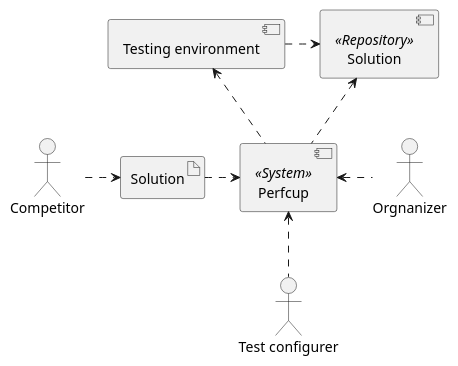
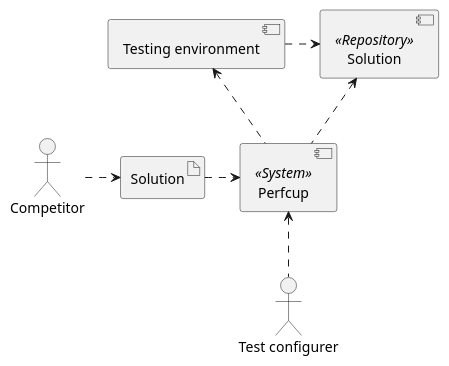
Before and after one commit to yanchumak/perfcup: the diagram in doc/sad/03_context.adoc, drawn with PlantUML. The commit also changed other lines of this file and 4 other files, not shown here.

```diff
--- a/doc/sad/03_context.adoc
+++ b/doc/sad/03_context.adoc
@@ -9,19 +9,17 @@
 [plantuml, generic-context, png]
 ....
 @startuml
 actor "Competitor" as c
 artifact Solution as s
 actor "Test configurer" as tc
-actor "Orgnanizer" as o
 component "Solution" <<Repository>> as sr
 component "Perfcup" <<System>> as ps
 component "Testing environment" as te
 s <.left- c
 s -right.> ps
-ps <.right- o
 ps <.down- tc
 ps -up.> sr
 ps -up.> te
 te -right.> sr
 @enduml
 ....
```
